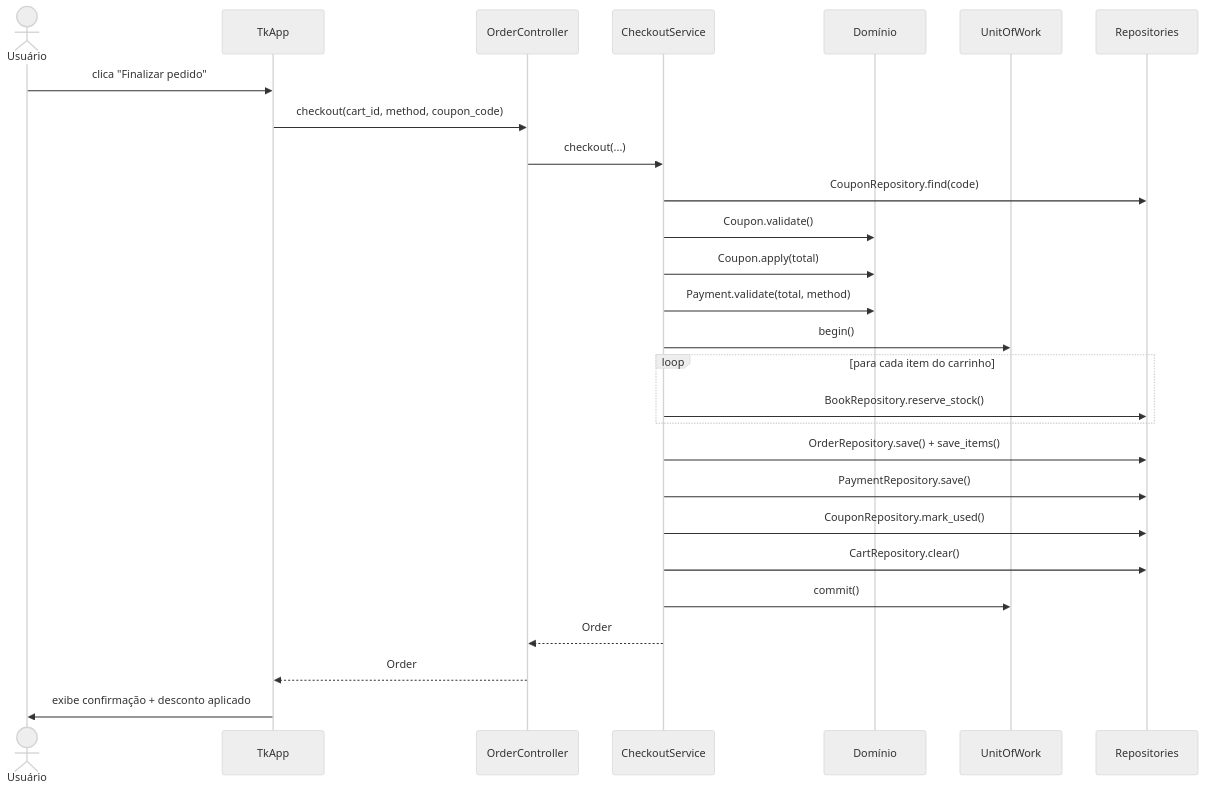
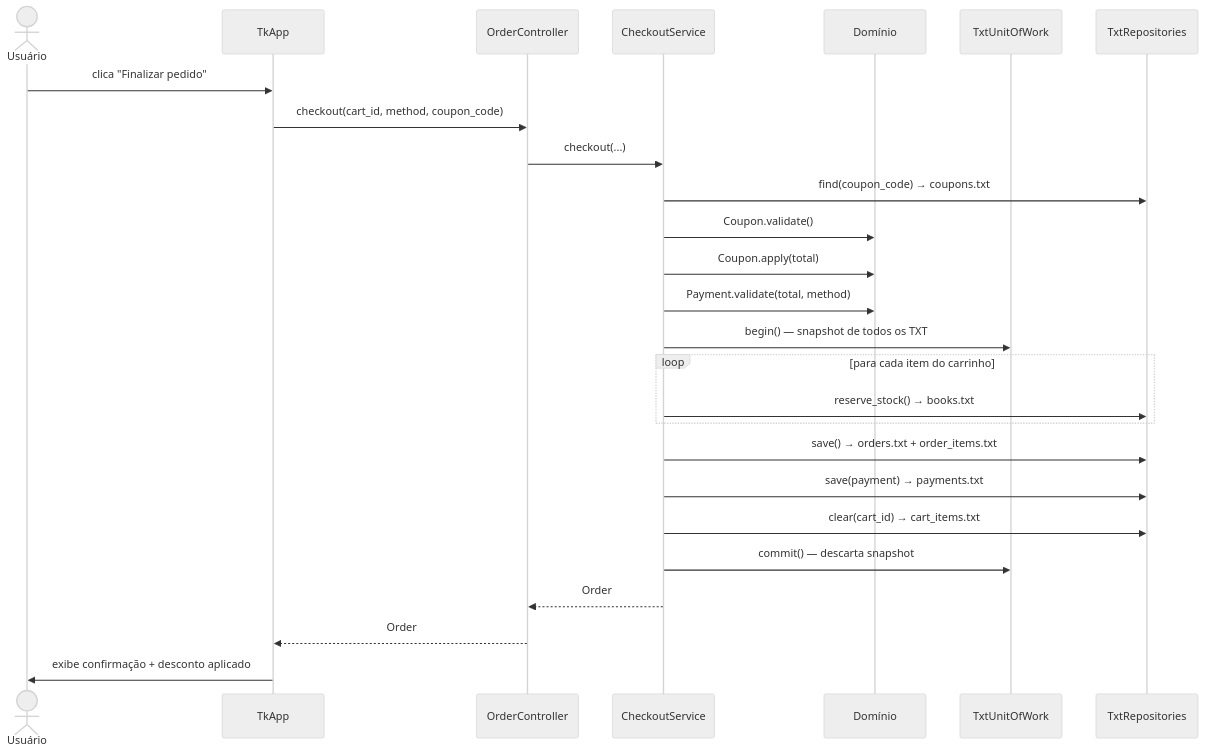
One commit to lfreires/Lab_Engenharia_Soft_3 changed the third of 3 diagrams in README.md. Above: the diagram before and after it, drawn with Mermaid (neutral theme). The commit also changed other lines of this file and 35 other files, not shown here.

````diff
--- a/README.md
+++ b/README.md
@@ -190,30 +212,29 @@
 ```mermaid
 sequenceDiagram
     actor U as Usuário
     participant V as TkApp
     participant C as OrderController
     participant S as CheckoutService
     participant D as Domínio
-    participant UOW as UnitOfWork
-    participant R as Repositories
+    participant UOW as TxtUnitOfWork
+    participant R as TxtRepositories
 
     U->>V: clica "Finalizar pedido"
     V->>C: checkout(cart_id, method, coupon_code)
     C->>S: checkout(...)
-    S->>R: CouponRepository.find(code)
+    S->>R: find(coupon_code) → coupons.txt
     S->>D: Coupon.validate()
     S->>D: Coupon.apply(total)
     S->>D: Payment.validate(total, method)
-    S->>UOW: begin()
+    S->>UOW: begin() — snapshot de todos os TXT
     loop para cada item do carrinho
-        S->>R: BookRepository.reserve_stock()
+        S->>R: reserve_stock() → books.txt
     end
-    S->>R: OrderRepository.save() + save_items()
-    S->>R: PaymentRepository.save()
-    S->>R: CouponRepository.mark_used()
-    S->>R: CartRepository.clear()
-    S->>UOW: commit()
+    S->>R: save() → orders.txt + order_items.txt
+    S->>R: save(payment) → payments.txt
+    S->>R: clear(cart_id) → cart_items.txt
+    S->>UOW: commit() — descarta snapshot
     S-->>C: Order
     C-->>V: Order
     V->>U: exibe confirmação + desconto aplicado
 ```
````
